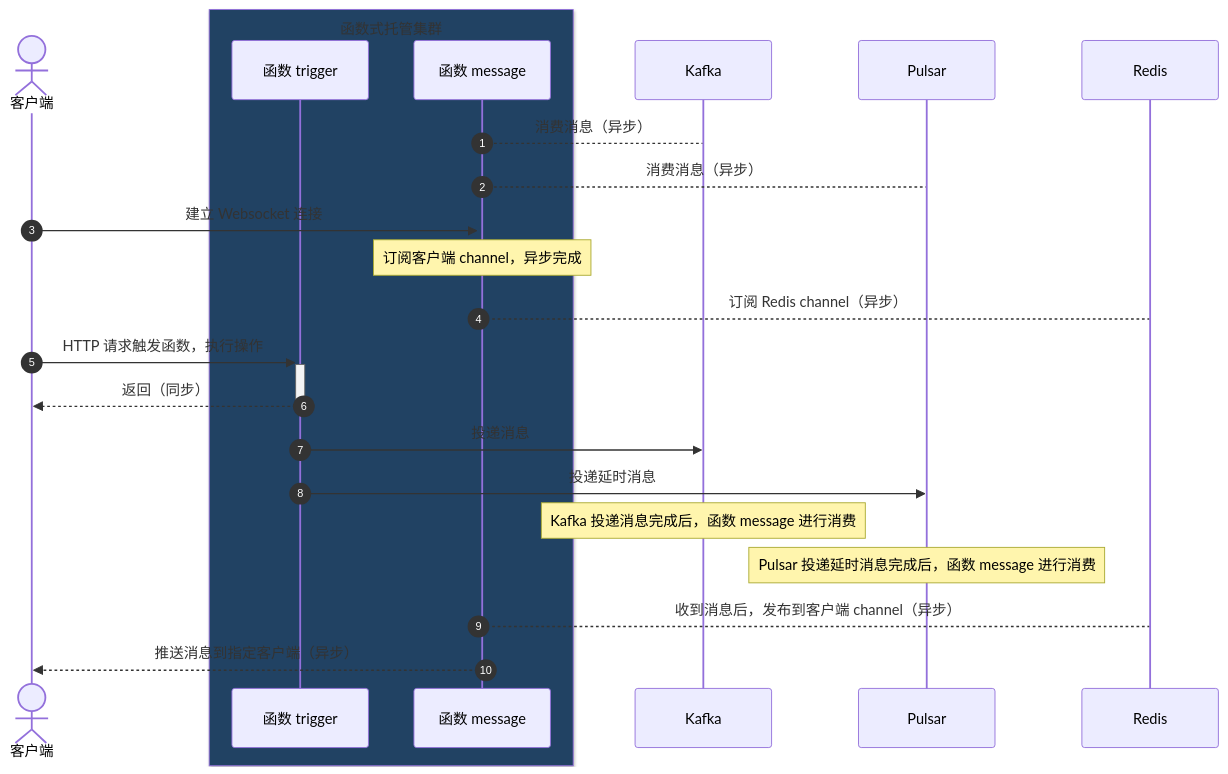
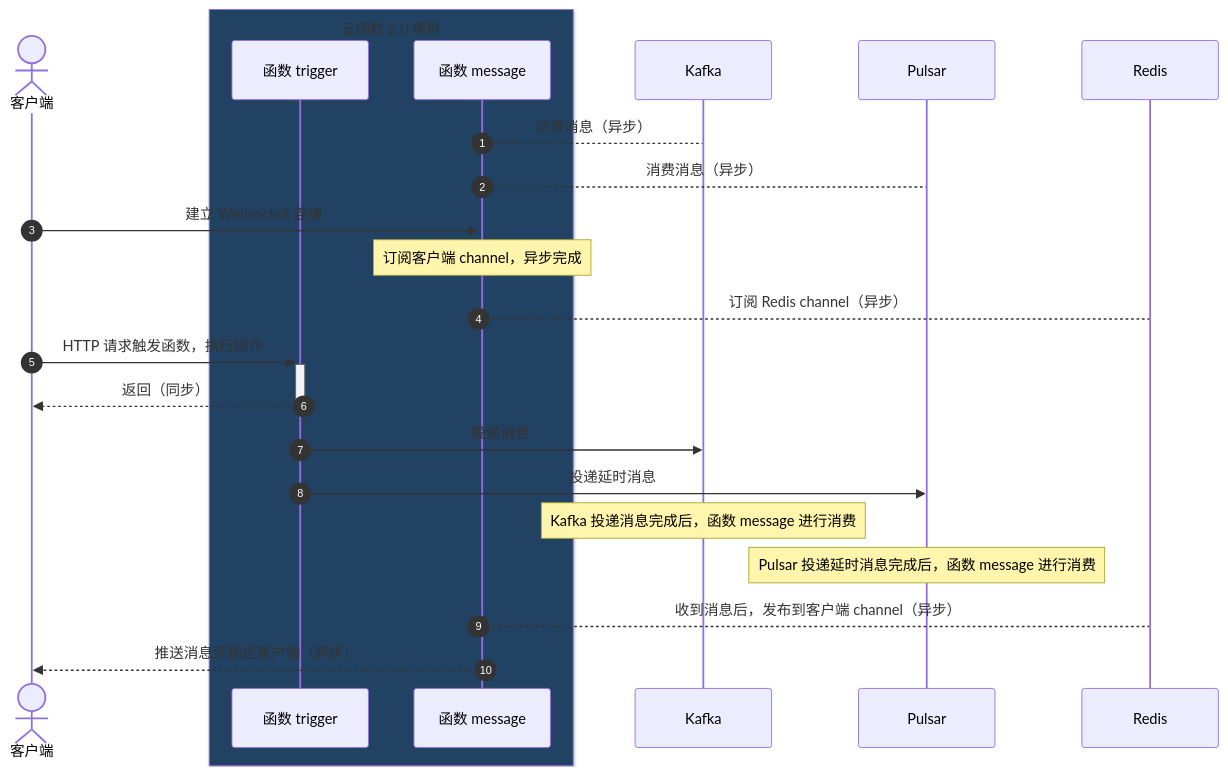
Before and after one commit to TencentCloudBase/cloudbase-examples: the diagram in cloudrunfunctions/message-center/README.md, drawn with Mermaid. The commit also changed other lines of this file and 1 other file, not shown here.

````diff
--- a/cloudrunfunctions/message-center/README.md
+++ b/cloudrunfunctions/message-center/README.md
@@ -11,30 +11,30 @@
 ```mermaid
 sequenceDiagram
     autonumber
     actor c as 客户端
-    box rgb(33,66,99) 函数式托管集群
+    box rgb(33,66,99) 云函数 2.0 集群
     participant t as 函数 trigger
     participant m as 函数 message
     end
     participant k as Kafka
     participant p as Pulsar
     participant r as Redis
 
 
     m --> k: 消费消息（异步）
     m --> p: 消费消息（异步）
     c ->> +m: 建立 Websocket 连接
     note over m: 订阅客户端 channel，异步完成
     m --> r: 订阅 Redis channel（异步）
 
     c ->> +t: HTTP 请求触发函数，执行操作
     t -->> -c: 返回（同步）
     t ->> k: 投递消息
     t ->> p: 投递延时消息
 
     note over k: Kafka 投递消息完成后，函数 message 进行消费
     note over p: Pulsar 投递延时消息完成后，函数 message 进行消费
     m --> r: 收到消息后，发布到客户端 channel（异步）
     m -->> c: 推送消息到指定客户端（异步）
 
 ```
````
